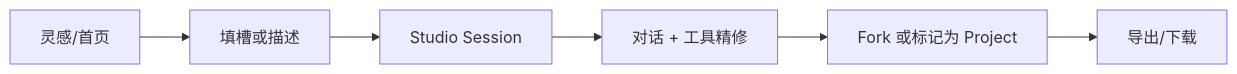
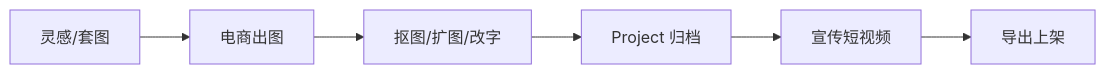
The diagram in docs/PROJECT_WORKFLOW.md (sev7n4/aimarket), drawn with Mermaid before and after one commit. The commit also changed other lines of this file and 12 other files, not shown here.

First line of the commit message:
docs(product): 定位收窄为电商出图 + 宣传短视频

````diff
--- a/docs/PROJECT_WORKFLOW.md
+++ b/docs/PROJECT_WORKFLOW.md
@@ -20,8 +20,8 @@
 ```mermaid
 flowchart LR
-  Discover[灵感/首页] --> Intent[填槽或描述]
-  Intent --> Session[Studio Session]
-  Session --> Refine[对话 + 工具精修]
-  Refine --> Project[Fork 或标记为 Project]
-  Project --> Export[导出/下载]
+  Discover[灵感/套图] --> Images[电商出图]
+  Images --> Refine[抠图/扩图/改字]
+  Refine --> Project[Project 归档]
+  Project --> Video[宣传短视频]
+  Video --> Export[导出上架]
 ```
````
